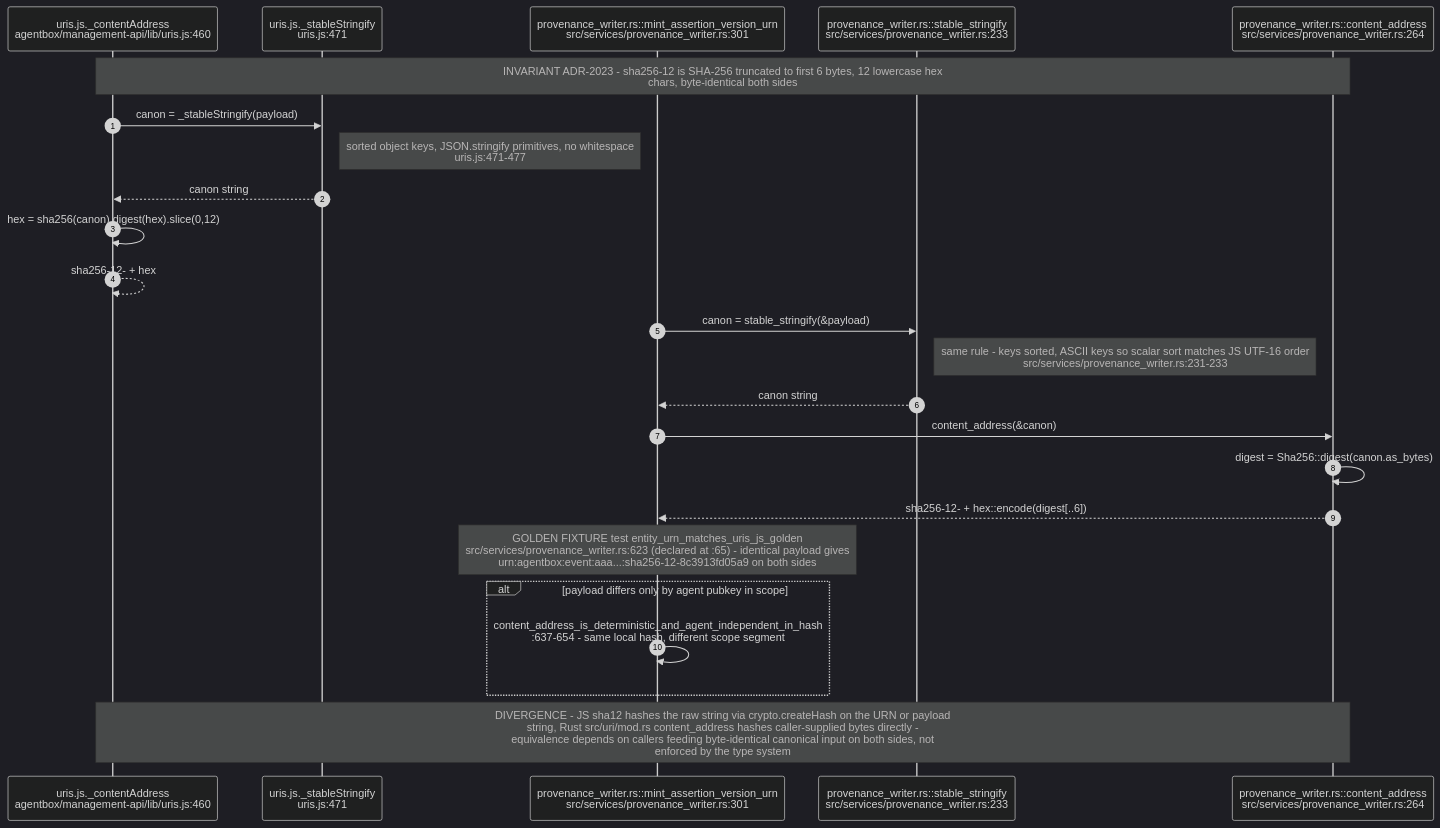
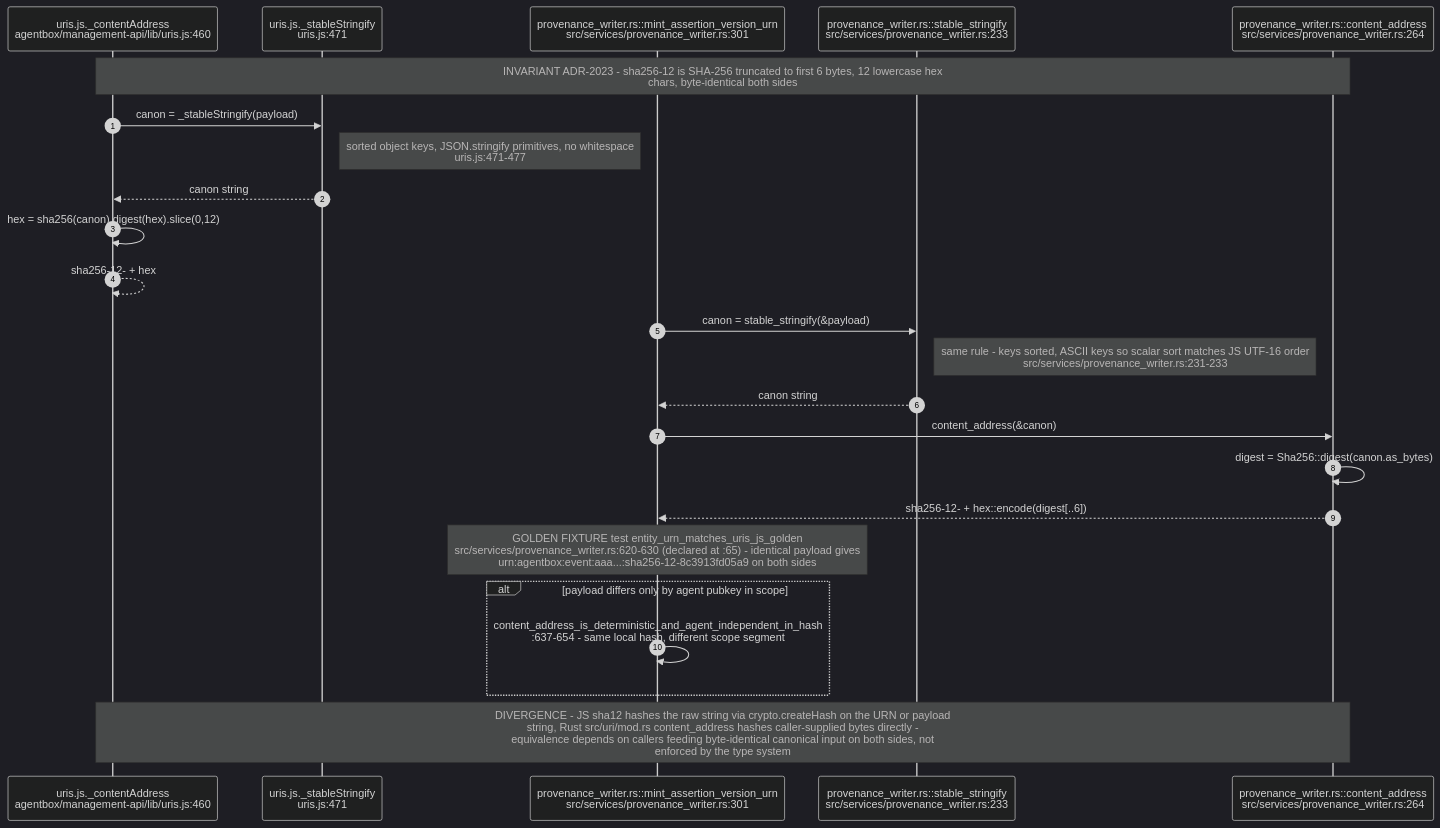
The sixth of 12 diagrams in docs/diagrams/estate/03-cross-repo-federation-contract.md (DreamLab-AI/VisionFlow), drawn with Mermaid (dark theme) before and after one commit. The commit also changed other lines of this file and 160 other files, not shown here.

````diff
--- a/docs/diagrams/estate/03-cross-repo-federation-contract.md
+++ b/docs/diagrams/estate/03-cross-repo-federation-contract.md
@@ -235,26 +239,26 @@
 ```mermaid
 sequenceDiagram
     autonumber
     participant JSC as uris.js._contentAddress<br/>agentbox/management-api/lib/uris.js:460
     participant JSS as uris.js._stableStringify<br/>uris.js:471
     participant RSW as provenance_writer.rs::mint_assertion_version_urn<br/>src/services/provenance_writer.rs:301
     participant RSS as provenance_writer.rs::stable_stringify<br/>src/services/provenance_writer.rs:233
     participant RSC as provenance_writer.rs::content_address<br/>src/services/provenance_writer.rs:264
     Note over JSC,RSC: INVARIANT ADR-2023 - sha256-12 is SHA-256 truncated to first 6 bytes, 12 lowercase hex<br/>chars, byte-identical both sides
     JSC->>JSS: canon = _stableStringify(payload)
     Note right of JSS: sorted object keys, JSON.stringify primitives, no whitespace<br/>uris.js:471-477
     JSS-->>JSC: canon string
     JSC->>JSC: hex = sha256(canon).digest(hex).slice(0,12)
     JSC-->>JSC: sha256-12- + hex
     RSW->>RSS: canon = stable_stringify(&payload)
     Note right of RSS: same rule - keys sorted, ASCII keys so scalar sort matches JS UTF-16 order<br/>src/services/provenance_writer.rs:231-233
     RSS-->>RSW: canon string
     RSW->>RSC: content_address(&canon)
     RSC->>RSC: digest = Sha256::digest(canon.as_bytes)
     RSC-->>RSW: sha256-12- + hex::encode(digest[..6])
-    Note over RSW: GOLDEN FIXTURE test entity_urn_matches_uris_js_golden<br/>src/services/provenance_writer.rs:623 (declared at :65) - identical payload gives<br/>urn:agentbox:event:aaa...:sha256-12-8c3913fd05a9 on both sides
+    Note over RSW: GOLDEN FIXTURE test entity_urn_matches_uris_js_golden<br/>src/services/provenance_writer.rs:620-630 (declared at :65) - identical payload gives<br/>urn:agentbox:event:aaa...:sha256-12-8c3913fd05a9 on both sides
     alt payload differs only by agent pubkey in scope
         RSW->>RSW: content_address_is_deterministic_and_agent_independent_in_hash<br/>:637-654 - same local hash, different scope segment
     end
     Note over JSC,RSC: DIVERGENCE - JS sha12 hashes the raw string via crypto.createHash on the URN or payload<br/>string, Rust src/uri/mod.rs content_address hashes caller-supplied bytes directly -<br/>equivalence depends on callers feeding byte-identical canonical input on both sides, not<br/>enforced by the type system
 ```
````
